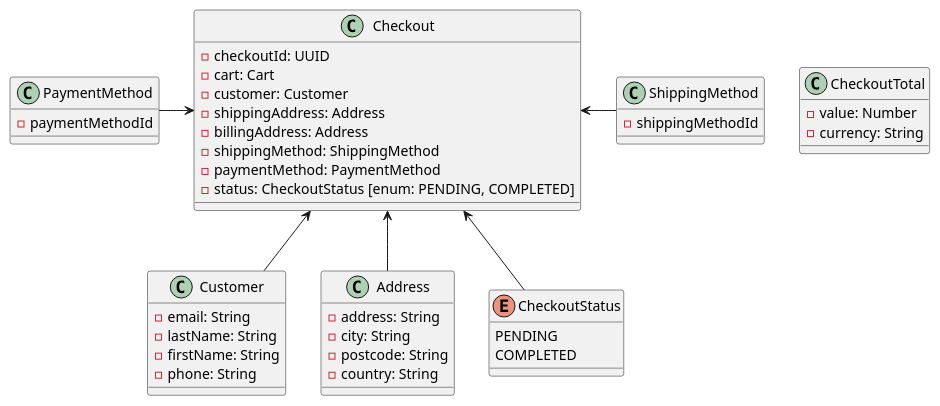
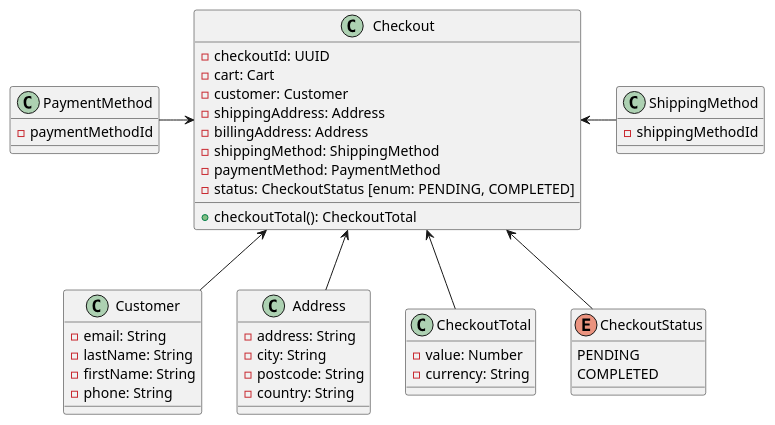
Before and after one commit to szabolaszlo/storefrontdemo: the first of 2 diagrams in Checkout/App/docs/api.adoc, drawn with PlantUML.

```diff
--- a/Checkout/App/docs/api.adoc
+++ b/Checkout/App/docs/api.adoc
@@ -199,51 +199,53 @@
 [plantuml]
 ----
 class Checkout {
     - checkoutId: UUID
     - cart: Cart
     - customer: Customer
     - shippingAddress: Address
     - billingAddress: Address
     - shippingMethod: ShippingMethod
     - paymentMethod: PaymentMethod
     - status: CheckoutStatus [enum: PENDING, COMPLETED]
+    + checkoutTotal(): CheckoutTotal
 }
 
 class Customer {
     - email: String
     - lastName: String
     - firstName: String
     - phone: String
 }
 
 class Address {
     - address: String
     - city: String
     - postcode: String
     - country: String
 }
 
 class ShippingMethod {
     - shippingMethodId
 }
 
 class PaymentMethod {
     - paymentMethodId
 }
 
 class CheckoutTotal {
     - value: Number
     - currency: String
 }
 
 enum CheckoutStatus {
     PENDING
     COMPLETED
 }
 
 Checkout <-- Customer
 Checkout <-- Address
 Checkout <- ShippingMethod
 PaymentMethod -> Checkout
 Checkout <-- CheckoutStatus
+Checkout <-- CheckoutTotal
 ----
```
